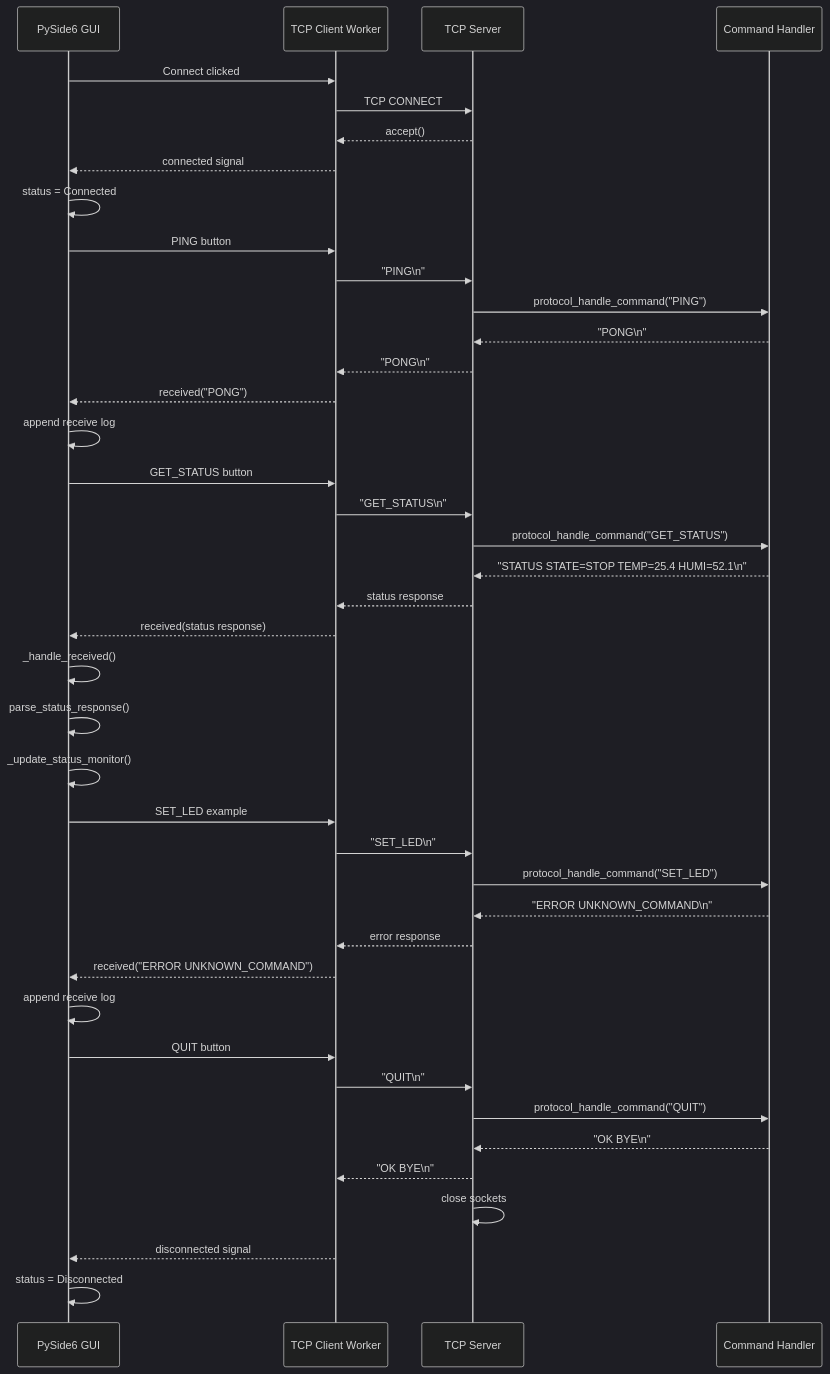
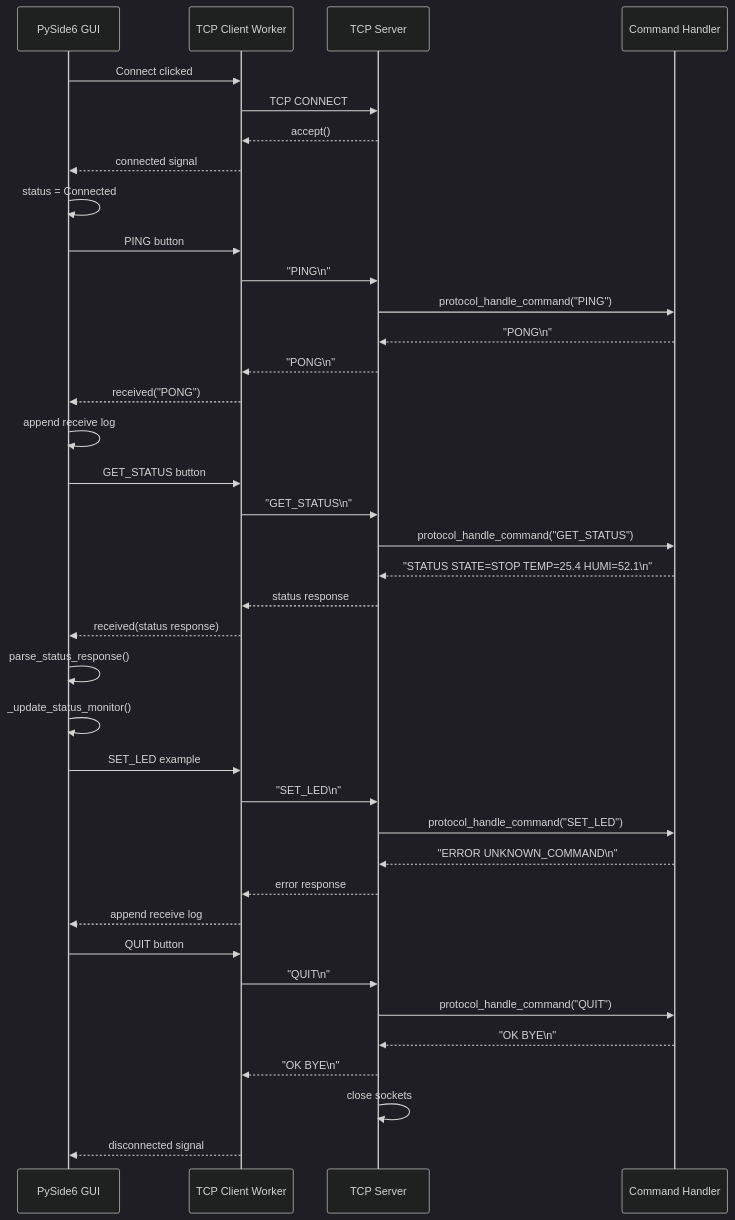
Before and after one commit to u27947ffd7j678Organization/tcp-socket-control-system: the second of 4 diagrams in README.md, drawn with Mermaid (dark theme). The commit also changed other lines of this file and 8 other files, not shown here.

````diff
--- a/README.md
+++ b/README.md
@@ -56,48 +90,45 @@
 ```mermaid
 sequenceDiagram
     participant GUI as PySide6 GUI
     participant Client as TCP Client Worker
     participant Server as TCP Server
     participant Handler as Command Handler
 
     GUI->>Client: Connect clicked
     Client->>Server: TCP CONNECT
     Server-->>Client: accept()
     Client-->>GUI: connected signal
     GUI->>GUI: status = Connected
 
     GUI->>Client: PING button
     Client->>Server: "PING\n"
     Server->>Handler: protocol_handle_command("PING")
     Handler-->>Server: "PONG\n"
     Server-->>Client: "PONG\n"
     Client-->>GUI: received("PONG")
     GUI->>GUI: append receive log
 
     GUI->>Client: GET_STATUS button
     Client->>Server: "GET_STATUS\n"
     Server->>Handler: protocol_handle_command("GET_STATUS")
     Handler-->>Server: "STATUS STATE=STOP TEMP=25.4 HUMI=52.1\n"
     Server-->>Client: status response
     Client-->>GUI: received(status response)
-    GUI->>GUI: _handle_received()
     GUI->>GUI: parse_status_response()
     GUI->>GUI: _update_status_monitor()
 
     GUI->>Client: SET_LED example
     Client->>Server: "SET_LED\n"
     Server->>Handler: protocol_handle_command("SET_LED")
     Handler-->>Server: "ERROR UNKNOWN_COMMAND\n"
     Server-->>Client: error response
-    Client-->>GUI: received("ERROR UNKNOWN_COMMAND")
-    GUI->>GUI: append receive log
+    Client-->>GUI: append receive log
 
     GUI->>Client: QUIT button
     Client->>Server: "QUIT\n"
     Server->>Handler: protocol_handle_command("QUIT")
     Handler-->>Server: "OK BYE\n"
     Server-->>Client: "OK BYE\n"
     Server->>Server: close sockets
     Client-->>GUI: disconnected signal
-    GUI->>GUI: status = Disconnected
 ```
````
